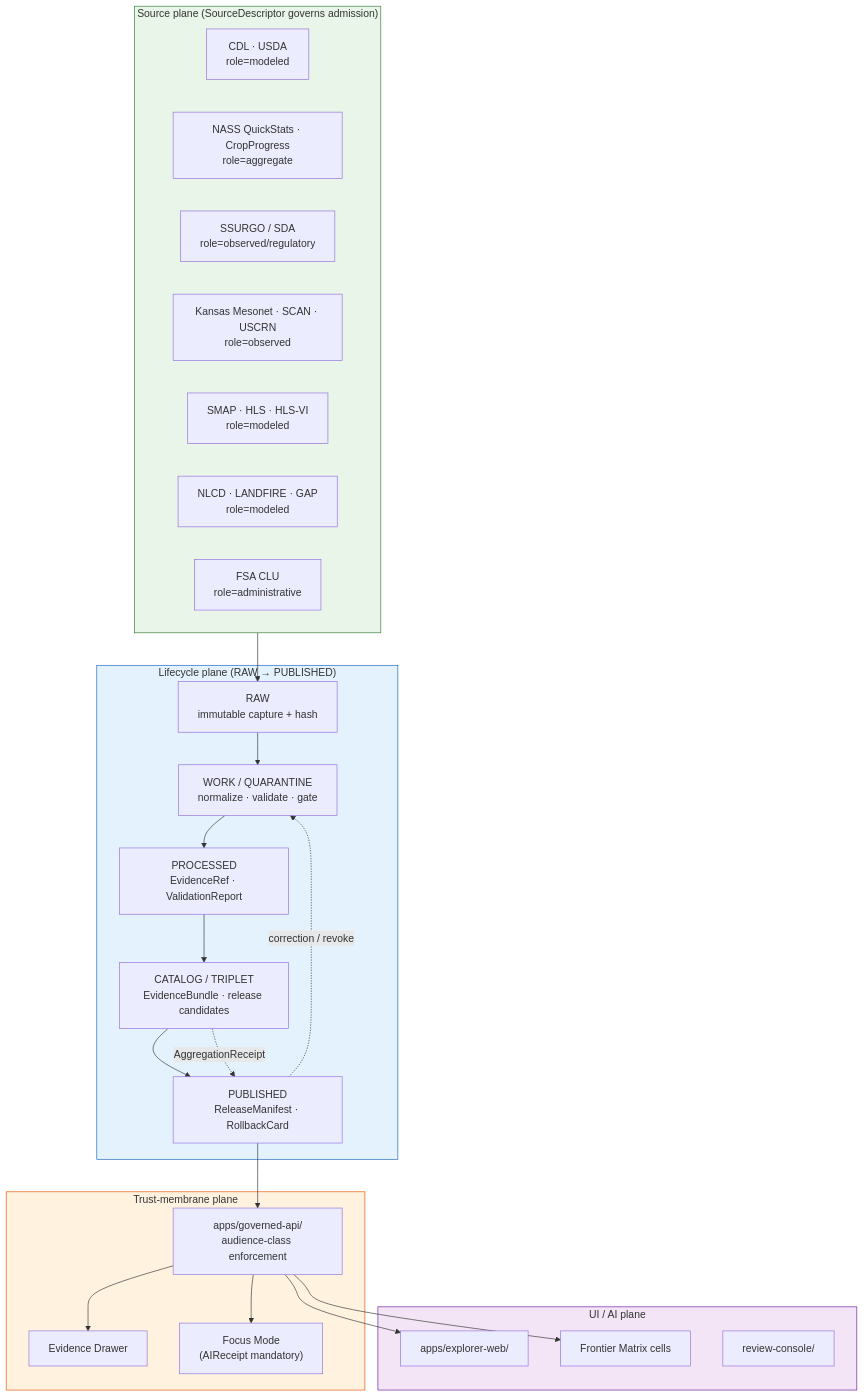
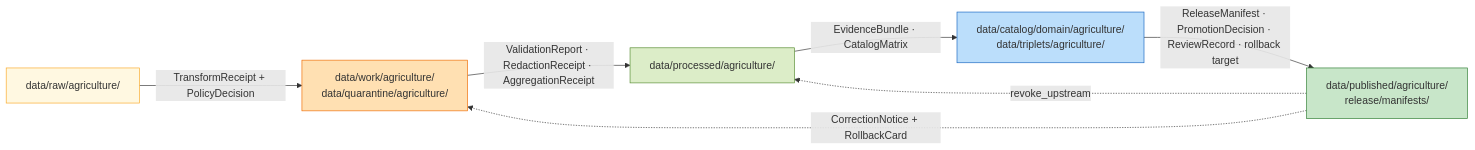
Before and after one commit to bartytime4life/Kansas-Frontier-Matrix: the second of 2 diagrams in docs/domains/agriculture/CANONICAL_PATHS.md, drawn with Mermaid. The commit also changed other lines of this file, not shown here.

````diff
--- a/docs/domains/agriculture/CANONICAL_PATHS.md
+++ b/docs/domains/agriculture/CANONICAL_PATHS.md
@@ -182,50 +453,20 @@
 ```mermaid
-flowchart TB
-  subgraph Sources["Source plane (SourceDescriptor governs admission)"]
-    CDL["CDL · USDA<br/>role=modeled"]
-    NASS["NASS QuickStats · CropProgress<br/>role=aggregate"]
-    SSURGO["SSURGO / SDA<br/>role=observed/regulatory"]
-    MESO["Kansas Mesonet · SCAN · USCRN<br/>role=observed"]
-    SMAP["SMAP · HLS · HLS-VI<br/>role=modeled"]
-    NLCD["NLCD · LANDFIRE · GAP<br/>role=modeled"]
-    CLU["FSA CLU<br/>role=administrative"]
-  end
+flowchart LR
+    RAW["data/raw/agriculture/"] -->|TransformReceipt + PolicyDecision| WQ["data/work/agriculture/<br/>data/quarantine/agriculture/"]
+    WQ -->|ValidationReport · RedactionReceipt · AggregationReceipt| PROC["data/processed/agriculture/"]
+    PROC -->|EvidenceBundle · CatalogMatrix| CAT["data/catalog/domain/agriculture/<br/>data/triplets/agriculture/"]
+    CAT -->|ReleaseManifest · PromotionDecision · ReviewRecord · rollback target| PUB["data/published/agriculture/<br/>release/manifests/"]
+    PUB -.->|CorrectionNotice + RollbackCard| WQ
+    PUB -.->|revoke_upstream| PROC
 
-  subgraph Lifecycle["Lifecycle plane (RAW → PUBLISHED)"]
-    RAW["RAW<br/>immutable capture + hash"]
-    WQ["WORK / QUARANTINE<br/>normalize · validate · gate"]
-    PROC["PROCESSED<br/>EvidenceRef · ValidationReport"]
-    CAT["CATALOG / TRIPLET<br/>EvidenceBundle · release candidates"]
-    PUB["PUBLISHED<br/>ReleaseManifest · RollbackCard"]
-  end
-
-  subgraph Membrane["Trust-membrane plane"]
-    API["apps/governed-api/<br/>audience-class enforcement"]
-    DRAW["Evidence Drawer"]
-    FOCUS["Focus Mode<br/>(AIReceipt mandatory)"]
-  end
-
-  subgraph Consumers["UI / AI plane"]
-    WEB["apps/explorer-web/"]
-    MX["Frontier Matrix cells"]
-    RC["review-console/"]
-  end
-
-  Sources --> RAW --> WQ --> PROC --> CAT --> PUB
-  PUB --> API
-  API --> DRAW
-  API --> FOCUS
-  API --> WEB
-  API --> MX
-  PUB -. correction / revoke .-> WQ
-  CAT -. AggregationReceipt .-> PUB
-
-  classDef src fill:#e8f5e8,stroke:#2e7d32
-  classDef lf  fill:#e3f2fd,stroke:#1565c0
-  classDef mb  fill:#fff3e0,stroke:#e65100
-  classDef cn  fill:#f3e5f5,stroke:#6a1b9a
-  class Sources src
-  class Lifecycle lf
-  class Membrane mb
-  class Consumers cn
+    classDef raw fill:#fff8e1,stroke:#f9a825;
+    classDef work fill:#ffe0b2,stroke:#ef6c00;
+    classDef proc fill:#dcedc8,stroke:#558b2f;
+    classDef cat fill:#bbdefb,stroke:#1565c0;
+    classDef pub fill:#c8e6c9,stroke:#2e7d32;
+    class RAW raw
+    class WQ work
+    class PROC proc
+    class CAT cat
+    class PUB pub
 ```
````
